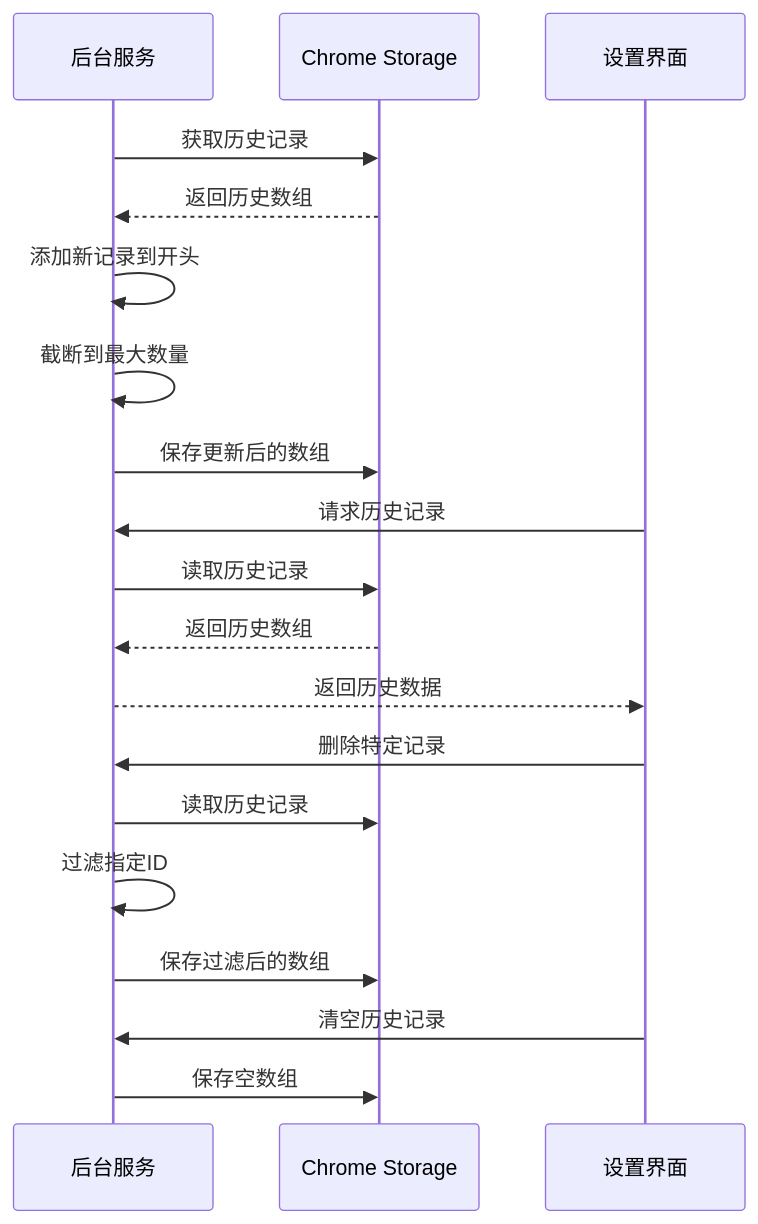
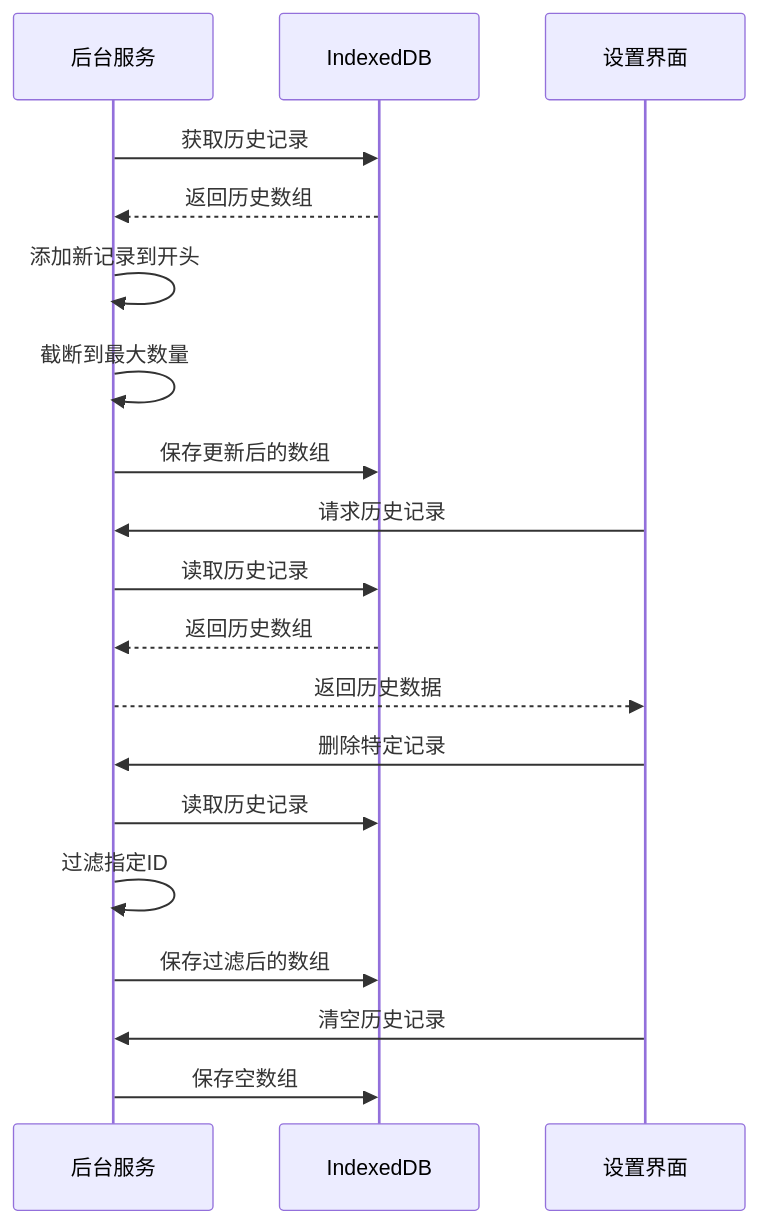
Before and after one commit to binasi/Img2Prompt: the tenth of 21 diagrams in .qoder/repowiki/zh/content/技术架构/数据管理策略.md, drawn with Mermaid. The commit also changed other lines of this file and 7 other files, not shown here.

````diff
--- a/.qoder/repowiki/zh/content/技术架构/数据管理策略.md
+++ b/.qoder/repowiki/zh/content/技术架构/数据管理策略.md
@@ -271,21 +388,21 @@
 ```mermaid
 sequenceDiagram
 participant Background as 后台服务
-participant Storage as Chrome Storage
+participant DB as IndexedDB
 participant UI as 设置界面
-Background->>Storage : 获取历史记录
-Storage-->>Background : 返回历史数组
+Background->>DB : 获取历史记录
+DB-->>Background : 返回历史数组
 Background->>Background : 添加新记录到开头
 Background->>Background : 截断到最大数量
-Background->>Storage : 保存更新后的数组
+Background->>DB : 保存更新后的数组
 UI->>Background : 请求历史记录
-Background->>Storage : 读取历史记录
-Storage-->>Background : 返回历史数组
+Background->>DB : 读取历史记录
+DB-->>Background : 返回历史数组
 Background-->>UI : 返回历史数据
 UI->>Background : 删除特定记录
-Background->>Storage : 读取历史记录
+Background->>DB : 读取历史记录
 Background->>Background : 过滤指定ID
-Background->>Storage : 保存过滤后的数组
+Background->>DB : 保存过滤后的数组
 UI->>Background : 清空历史记录
-Background->>Storage : 保存空数组
+Background->>DB : 保存空数组
 ```
````
